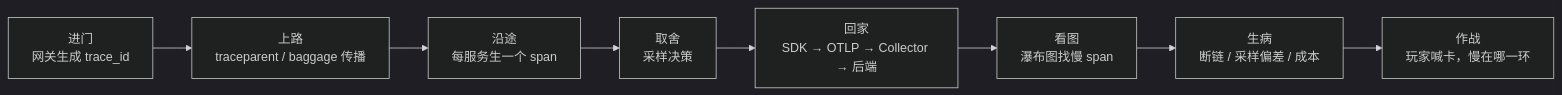
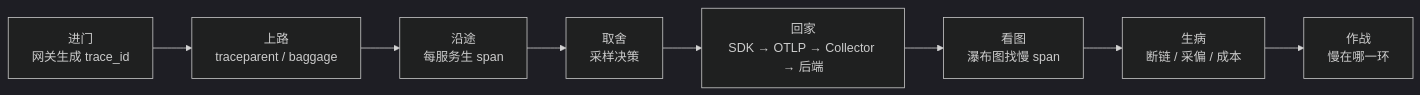
Before and after one commit to ml-cuizijun/LearnToLilith: the first of 6 diagrams in 09-可观测性与SRE方法论/05-链路追踪与OpenTelemetry/知识点.md, drawn with Mermaid (dark theme). The commit also changed other lines of this file and 178 other files, not shown here.

````diff
--- a/09-可观测性与SRE方法论/05-链路追踪与OpenTelemetry/知识点.md
+++ b/09-可观测性与SRE方法论/05-链路追踪与OpenTelemetry/知识点.md
@@ -19,10 +14,10 @@
 ```mermaid
 flowchart LR
-    ENTRY["进门<br/>网关生成 trace_id"] --> PROP["上路<br/>traceparent / baggage 传播"]
-    PROP --> SPAN["沿途<br/>每服务生一个 span"]
+    ENTRY["进门<br/>网关生成 trace_id"] --> PROP["上路<br/>traceparent / baggage"]
+    PROP --> SPAN["沿途<br/>每服务生 span"]
     SPAN --> SAMPLE["取舍<br/>采样决策"]
     SAMPLE --> HOME["回家<br/>SDK → OTLP → Collector → 后端"]
     HOME --> VIEW["看图<br/>瀑布图找慢 span"]
-    VIEW --> SICK["生病<br/>断链 / 采样偏差 / 成本"]
-    SICK --> WAR["作战<br/>玩家喊卡，慢在哪一环"]
+    VIEW --> SICK["生病<br/>断链 / 采偏 / 成本"]
+    SICK --> WAR["作战<br/>慢在哪一环"]
 ```
````
